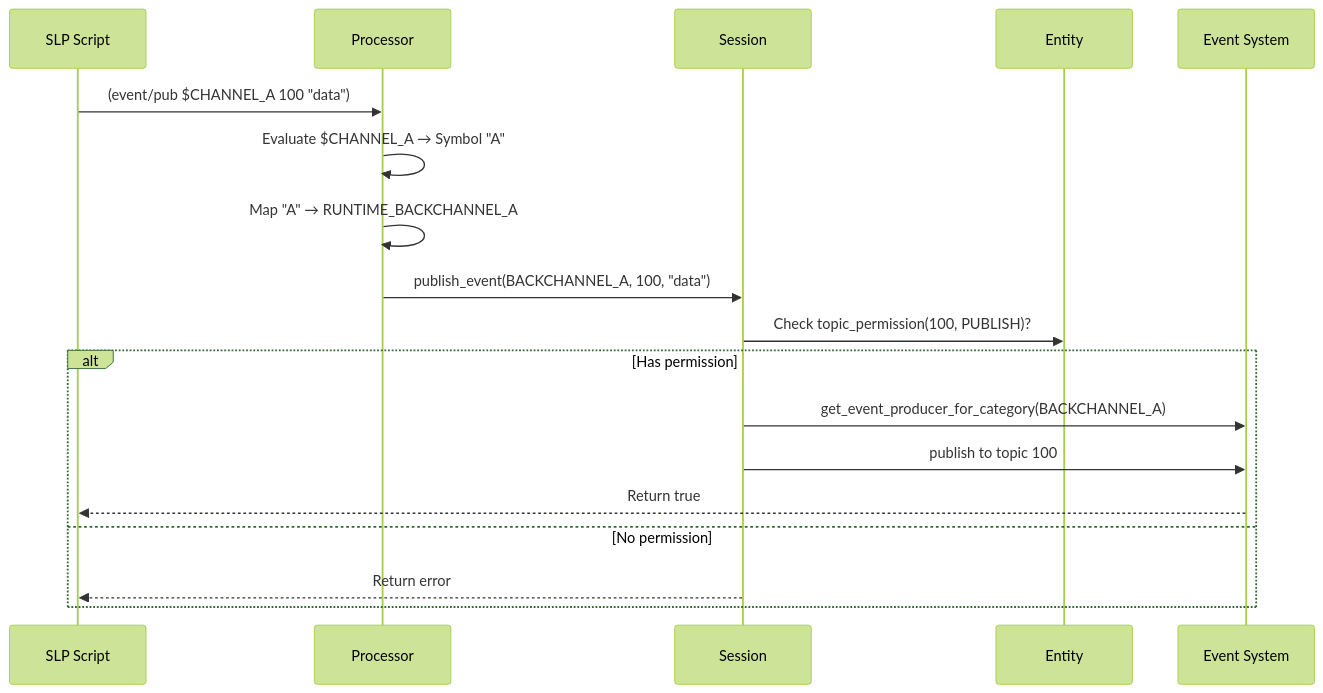
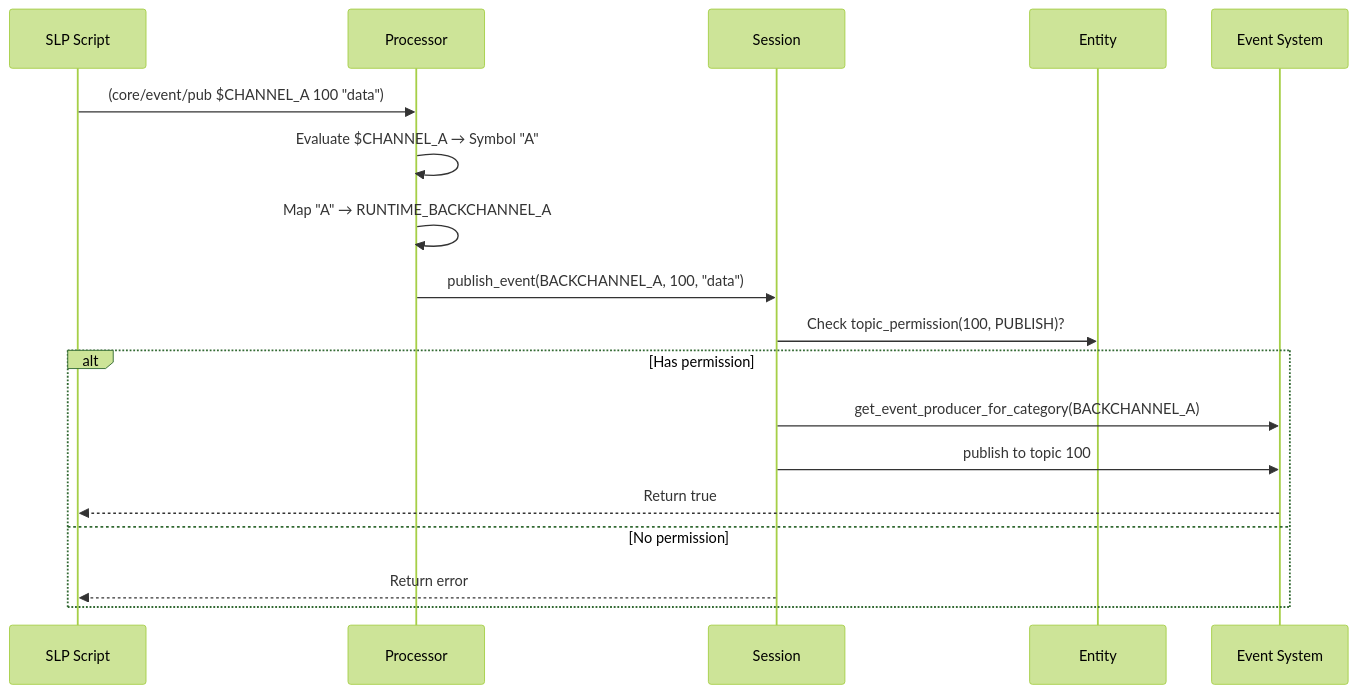
One commit to bosley/sxs changed the fourth of 6 diagrams in pkg/runtime/about.md. Above: the diagram before and after it, drawn with Mermaid (forest theme). The commit also changed other lines of this file and 17 other files, not shown here.

````diff
--- a/pkg/runtime/about.md
+++ b/pkg/runtime/about.md
@@ -207,22 +212,22 @@
 ```mermaid
 sequenceDiagram
     participant Script as SLP Script
     participant Proc as Processor
     participant Sess as Session
     participant Entity as Entity
     participant ES as Event System
     
-    Script->>Proc: (event/pub $CHANNEL_A 100 "data")
+    Script->>Proc: (core/event/pub $CHANNEL_A 100 "data")
     Proc->>Proc: Evaluate $CHANNEL_A → Symbol "A"
     Proc->>Proc: Map "A" → RUNTIME_BACKCHANNEL_A
     Proc->>Sess: publish_event(BACKCHANNEL_A, 100, "data")
     Sess->>Entity: Check topic_permission(100, PUBLISH)?
     
     alt Has permission
         Sess->>ES: get_event_producer_for_category(BACKCHANNEL_A)
         Sess->>ES: publish to topic 100
         ES-->>Script: Return true
     else No permission
         Sess-->>Script: Return error
     end
 ```
````
